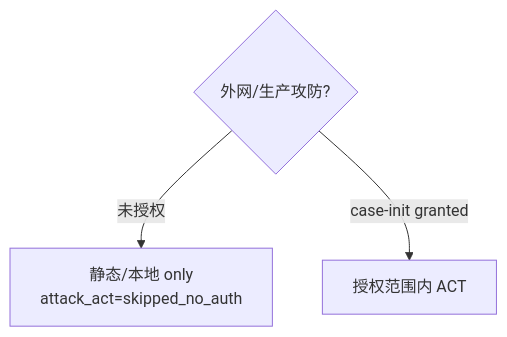
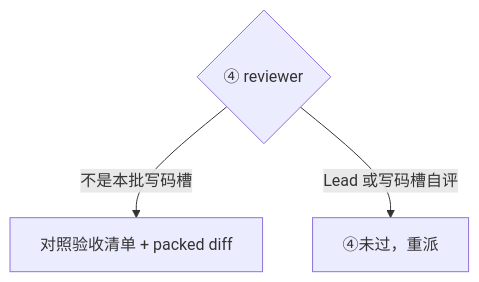
One commit to vx-zsck2020/DaiYu-Agent changed the third of 3 diagrams in diagrams.md. Above: the diagram before and after it, drawn with Mermaid. The commit also changed other lines of this file and 15 other files, not shown here.

````diff
--- a/diagrams.md
+++ b/diagrams.md
@@ -32,6 +29,6 @@
 ```mermaid
 flowchart TB
-  AUTH{"外网/生产攻防?"}
-  AUTH -->|未授权| STATIC["静态/本地 only<br/>attack_act=skipped_no_auth"]
-  AUTH -->|case-init granted| ACT["授权范围内 ACT"]
+  R{"④ reviewer"}
+  R -->|不是本批写码槽| OK["对照验收清单 + packed diff"]
+  R -->|Lead 或写码槽自评| FAIL["④未过，重派"]
 ```
````
